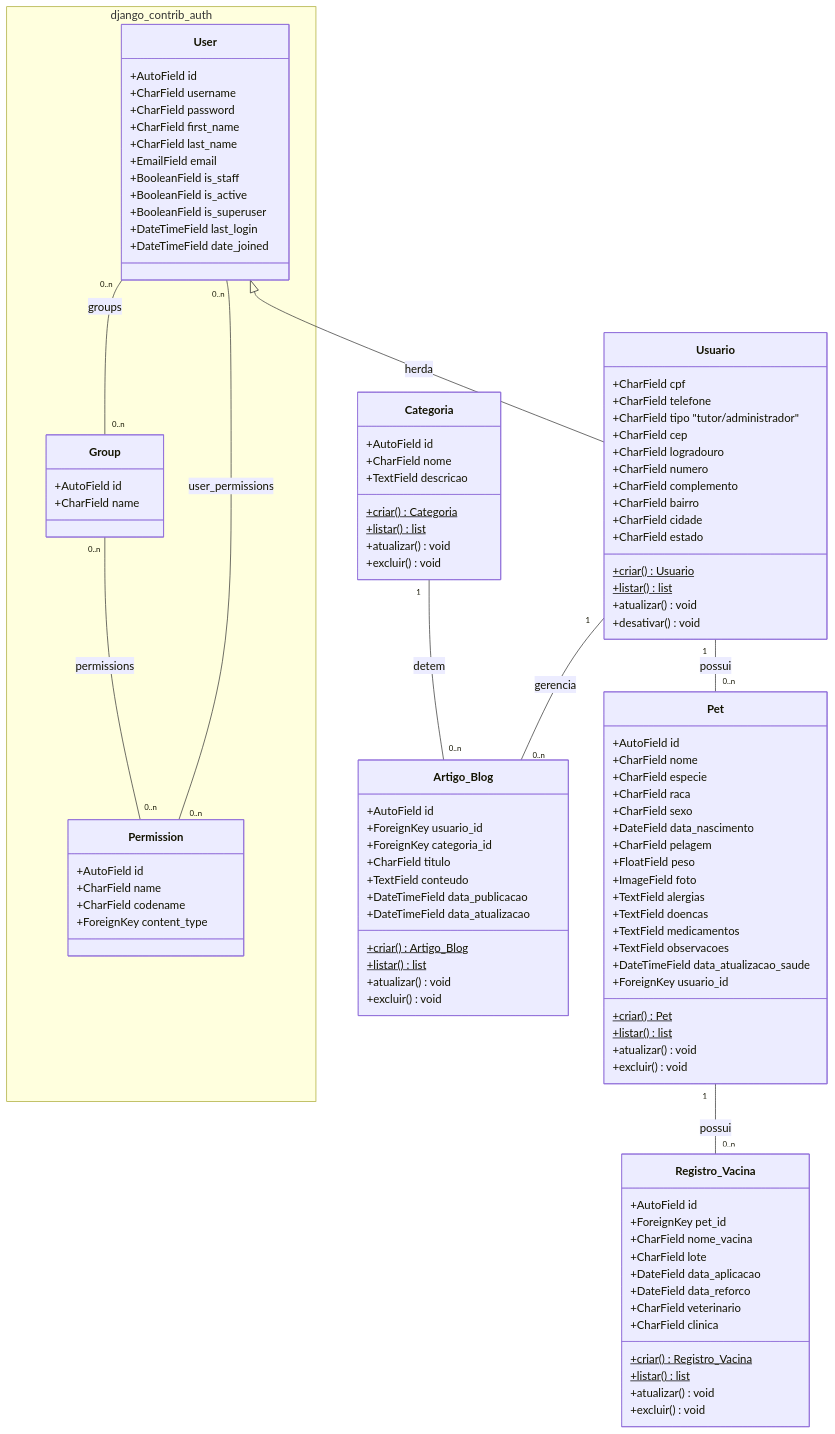
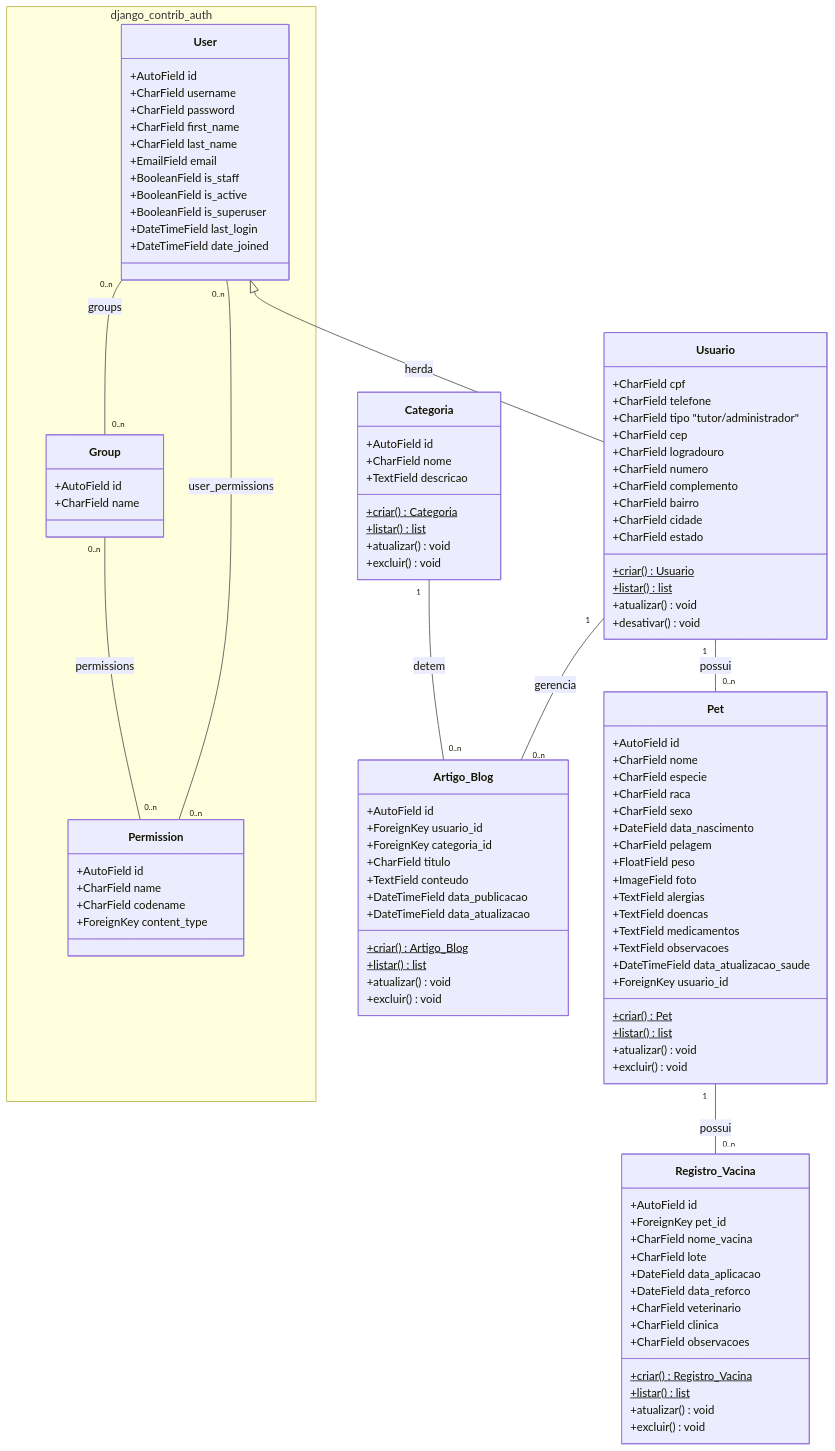
Before and after one commit to ErickGuxta/save_pet: the diagram in diagramaUML.mmd, drawn with Mermaid. The commit also changed 13 other files, not shown here.

Commit message:
ajuste de models com UML

```diff
--- a/diagramaUML.mmd
+++ b/diagramaUML.mmd
@@ -1,117 +1,119 @@
 classDiagram
     namespace django_contrib_auth {
         class User {
             +AutoField id
             +CharField username
             +CharField password
             +CharField first_name
             +CharField last_name
             +EmailField email
             +BooleanField is_staff
             +BooleanField is_active
             +BooleanField is_superuser
             +DateTimeField last_login
             +DateTimeField date_joined
         }
 
         class Group {
             +AutoField id
             +CharField name
         }
 
         class Permission {
             +AutoField id
             +CharField name
             +CharField codename
             +ForeignKey content_type
         }
     }
 
     User "0..n" -- "0..n" Group : groups
     User "0..n" -- "0..n" Permission : user_permissions
     Group "0..n" -- "0..n" Permission : permissions
 
     %% ===================== DOMÍNIO SAVEPET =====================
     class Usuario {
         +CharField cpf
         +CharField telefone
         +CharField tipo "tutor/administrador"
         +CharField cep
         +CharField logradouro
         +CharField numero
         +CharField complemento
         +CharField bairro
         +CharField cidade
         +CharField estado
         +criar()$ Usuario
         +listar()$ list
         +atualizar() void
         +desativar() void
     }
     User <|-- Usuario : herda
 
     class Pet {
         +AutoField id
         +CharField nome
         +CharField especie
         +CharField raca
         +CharField sexo
         +DateField data_nascimento
         +CharField pelagem
         +FloatField peso
         +ImageField foto
         +TextField alergias
         +TextField doencas
         +TextField medicamentos
         +TextField observacoes
         +DateTimeField data_atualizacao_saude
         +ForeignKey usuario_id
         +criar()$ Pet
         +listar()$ list
         +atualizar() void
         +excluir() void
     }
 
     class Registro_Vacina {
         +AutoField id
         +ForeignKey pet_id
         +CharField nome_vacina
         +CharField lote
         +DateField data_aplicacao
         +DateField data_reforco
         +CharField veterinario
         +CharField clinica
+        +CharField observacoes
+
         +criar()$ Registro_Vacina
         +listar()$ list
         +atualizar() void
         +excluir() void
     }
 
     class Categoria {
         +AutoField id
         +CharField nome
         +TextField descricao
         +criar()$ Categoria
         +listar()$ list
         +atualizar() void
         +excluir() void
     }
 
     class Artigo_Blog {
         +AutoField id
         +ForeignKey usuario_id
         +ForeignKey categoria_id
         +CharField titulo
         +TextField conteudo
         +DateTimeField data_publicacao
         +DateTimeField data_atualizacao
         +criar()$ Artigo_Blog
         +listar()$ list
         +atualizar() void
         +excluir() void
     }
 
     Usuario "1" -- "0..n" Pet : possui
     Usuario "1" -- "0..n" Artigo_Blog : gerencia
     Pet "1" -- "0..n" Registro_Vacina : possui
     Categoria "1" -- "0..n" Artigo_Blog : detem
```
